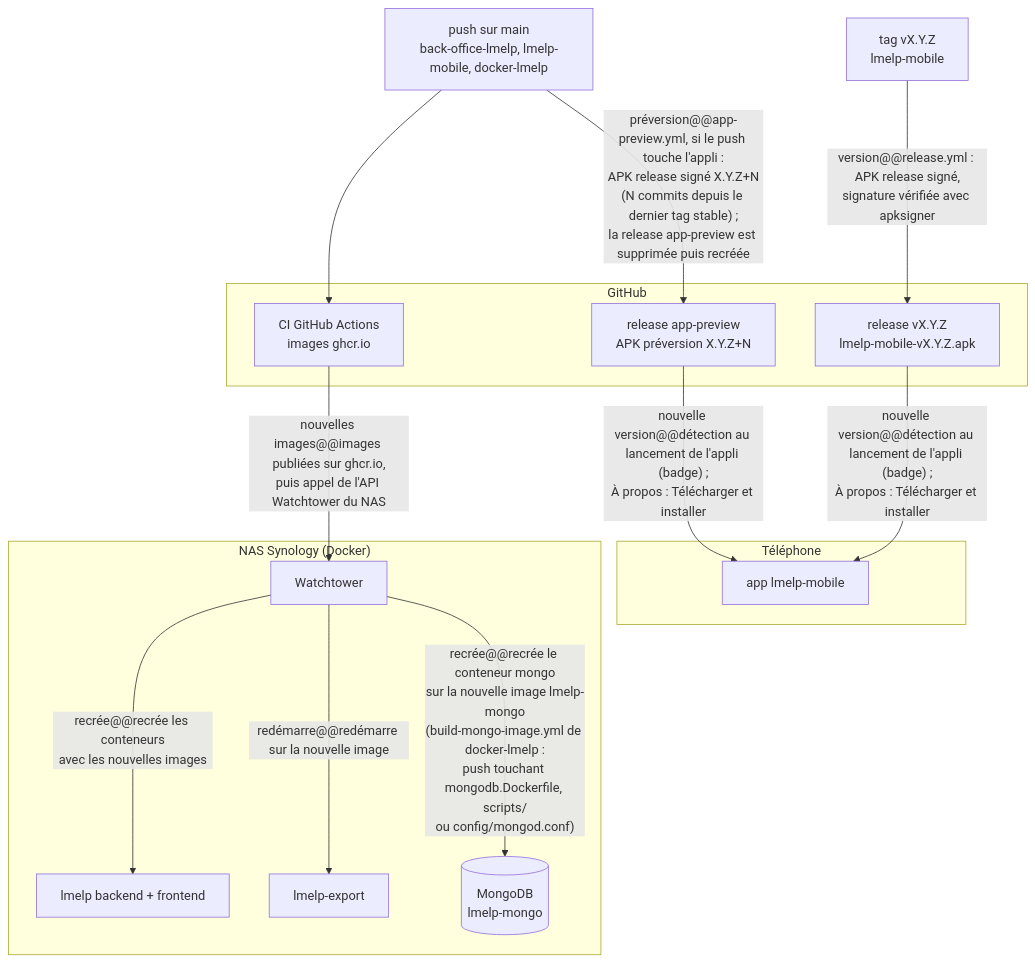
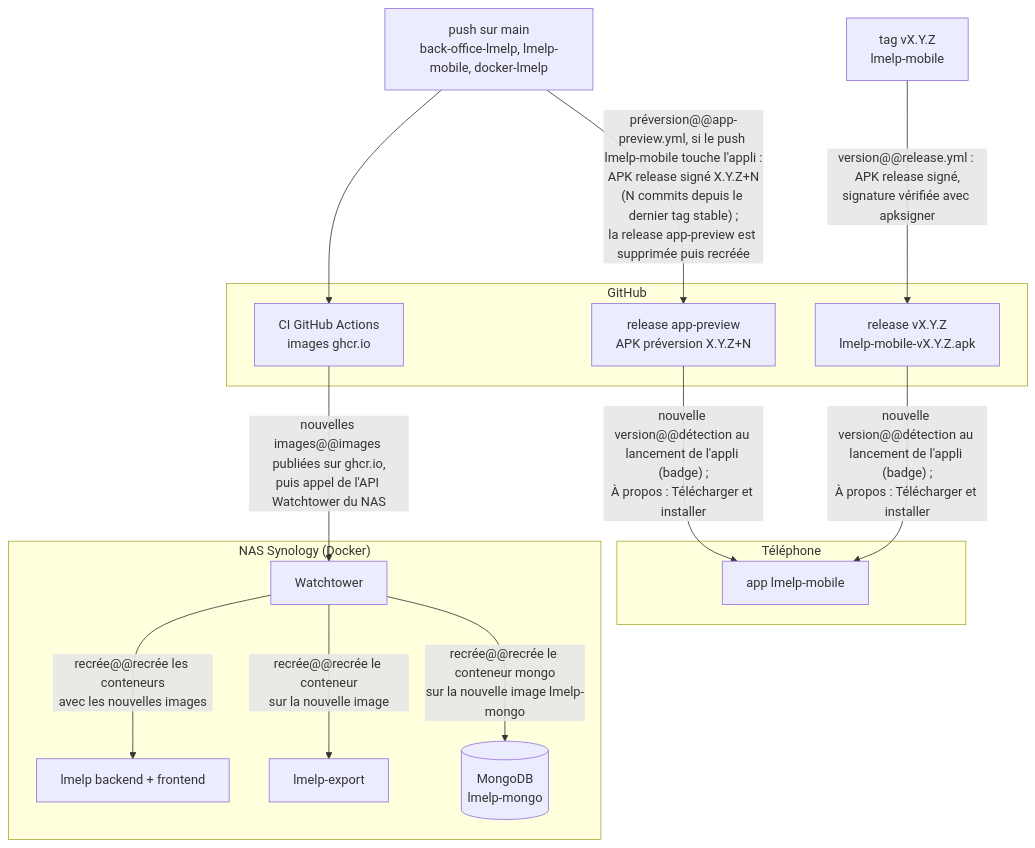
The second of 2 diagrams in docs/ecosysteme.md (castorfou/lmelp-mobile), drawn with Mermaid before and after one commit. The commit also changed other lines of this file, not shown here.

Commit message:
Doc écosystème : retours de revue #182

````diff
--- a/docs/ecosysteme.md
+++ b/docs/ecosysteme.md
@@ -69,32 +69,32 @@
 ```mermaid
 flowchart TB
     PUSH["push sur main<br/>back-office-lmelp, lmelp-mobile, docker-lmelp"]
     TAG["tag vX.Y.Z<br/>lmelp-mobile"]
 
     subgraph GH["GitHub"]
         CI["CI GitHub Actions<br/>images ghcr.io"]
         PREV["release app-preview<br/>APK préversion X.Y.Z+N"]
         APK["release vX.Y.Z<br/>lmelp-mobile-vX.Y.Z.apk"]
     end
 
     subgraph NAS["NAS Synology (Docker)"]
         WT["Watchtower"]
         BACK["lmelp backend + frontend"]
         EXPORT["lmelp-export"]
         MONGO[("MongoDB<br/>lmelp-mongo")]
     end
 
     subgraph PHONE["Téléphone"]
         MOB["app lmelp-mobile"]
     end
 
     PUSH --> CI
-    PUSH -->|"préversion@@app-preview.yml, si le push touche l'appli :<br/>APK release signé X.Y.Z+N<br/>(N commits depuis le dernier tag stable) ;<br/>la release app-preview est supprimée puis recréée"| PREV
+    PUSH -->|"préversion@@app-preview.yml, si le push lmelp-mobile touche l'appli :<br/>APK release signé X.Y.Z+N<br/>(N commits depuis le dernier tag stable) ;<br/>la release app-preview est supprimée puis recréée"| PREV
     TAG -->|"version@@release.yml : APK release signé,<br/>signature vérifiée avec apksigner"| APK
     CI -->|"nouvelles images@@images publiées sur ghcr.io,<br/>puis appel de l'API Watchtower du NAS"| WT
     WT -->|"recrée@@recrée les conteneurs<br/>avec les nouvelles images"| BACK
-    WT -->|"redémarre@@redémarre sur la nouvelle image"| EXPORT
-    WT -->|"recrée@@recrée le conteneur mongo<br/>sur la nouvelle image lmelp-mongo<br/>(build-mongo-image.yml de docker-lmelp :<br/>push touchant mongodb.Dockerfile, scripts/<br/>ou config/mongod.conf)"| MONGO
+    WT -->|"recrée@@recrée le conteneur<br/>sur la nouvelle image"| EXPORT
+    WT -->|"recrée@@recrée le conteneur mongo<br/>sur la nouvelle image lmelp-mongo"| MONGO
     PREV -->|"nouvelle version@@détection au lancement de l'appli (badge) ;<br/>À propos : Télécharger et installer"| MOB
     APK -->|"nouvelle version@@détection au lancement de l'appli (badge) ;<br/>À propos : Télécharger et installer"| MOB
 ```
````
